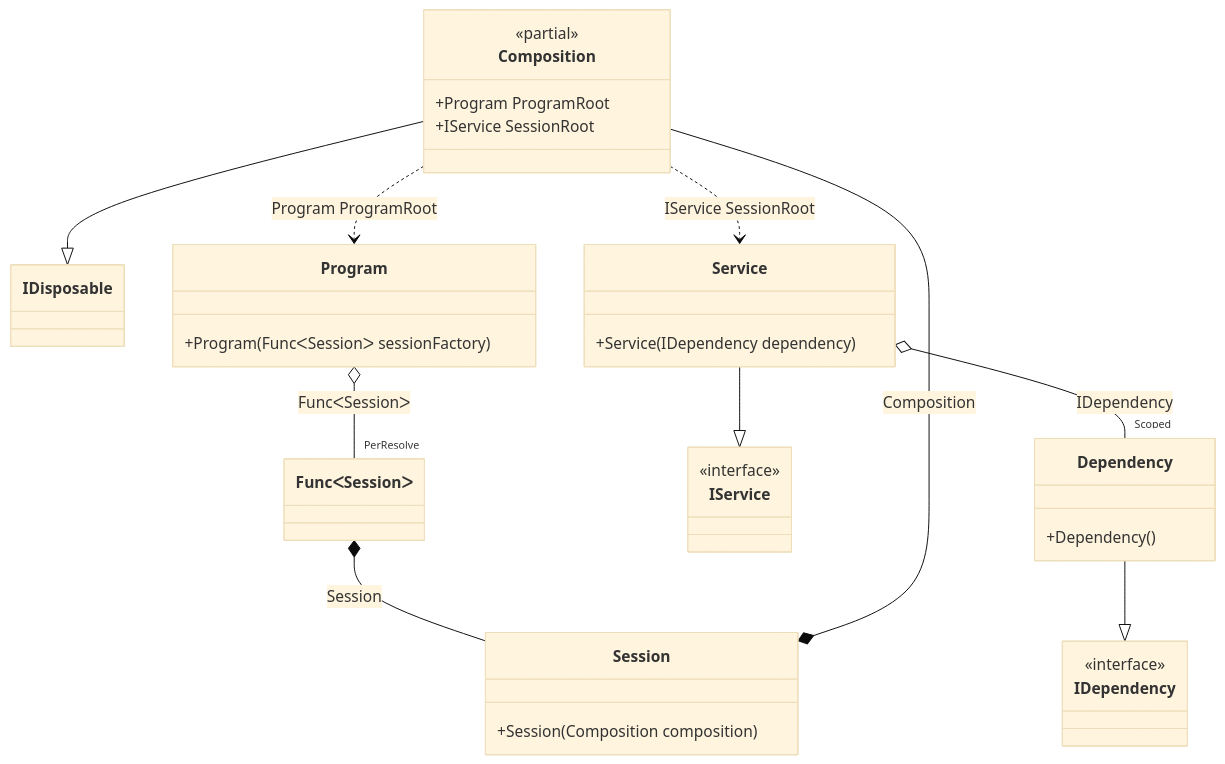
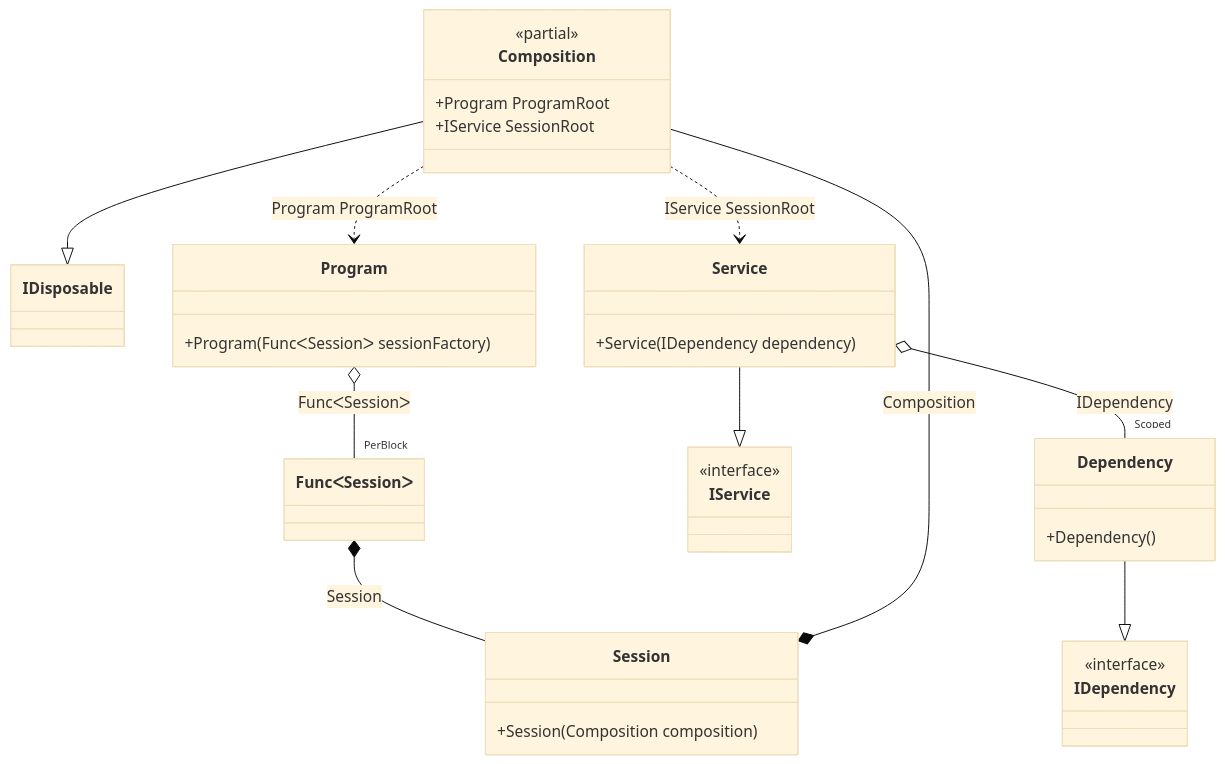
The diagram in readme/scope.md (DevTeam/Pure.DI), drawn with Mermaid (base theme) before and after one commit. The commit also changed other lines of this file and 33 other files, not shown here.

````diff
--- a/readme/scope.md
+++ b/readme/scope.md
@@ -195,37 +185,37 @@
 ```mermaid
 classDiagram
 	class Composition {
 		<<partial>>
 		+Program ProgramRoot
 		+IService SessionRoot
 	}
 	Composition --|> IDisposable
 	class Session {
 		+Session(Composition composition)
 	}
 	class Program {
 		+Program(FuncᐸSessionᐳ sessionFactory)
 	}
 	Dependency --|> IDependency
 	class Dependency {
 		+Dependency()
 	}
 	Service --|> IService
 	class Service {
 		+Service(IDependency dependency)
 	}
 	class Composition
 	class FuncᐸSessionᐳ
 	class IDependency {
 		<<interface>>
 	}
 	class IService {
 		<<interface>>
 	}
 	Session *--  Composition : Composition
-	Program o-- "PerResolve" FuncᐸSessionᐳ : FuncᐸSessionᐳ
+	Program o-- "PerBlock" FuncᐸSessionᐳ : FuncᐸSessionᐳ
 	Composition ..> Program : Program ProgramRoot
 	Composition ..> Service : IService SessionRoot
 	Service o-- "Scoped" Dependency : IDependency
 	FuncᐸSessionᐳ *--  Session : Session
 ```
````
